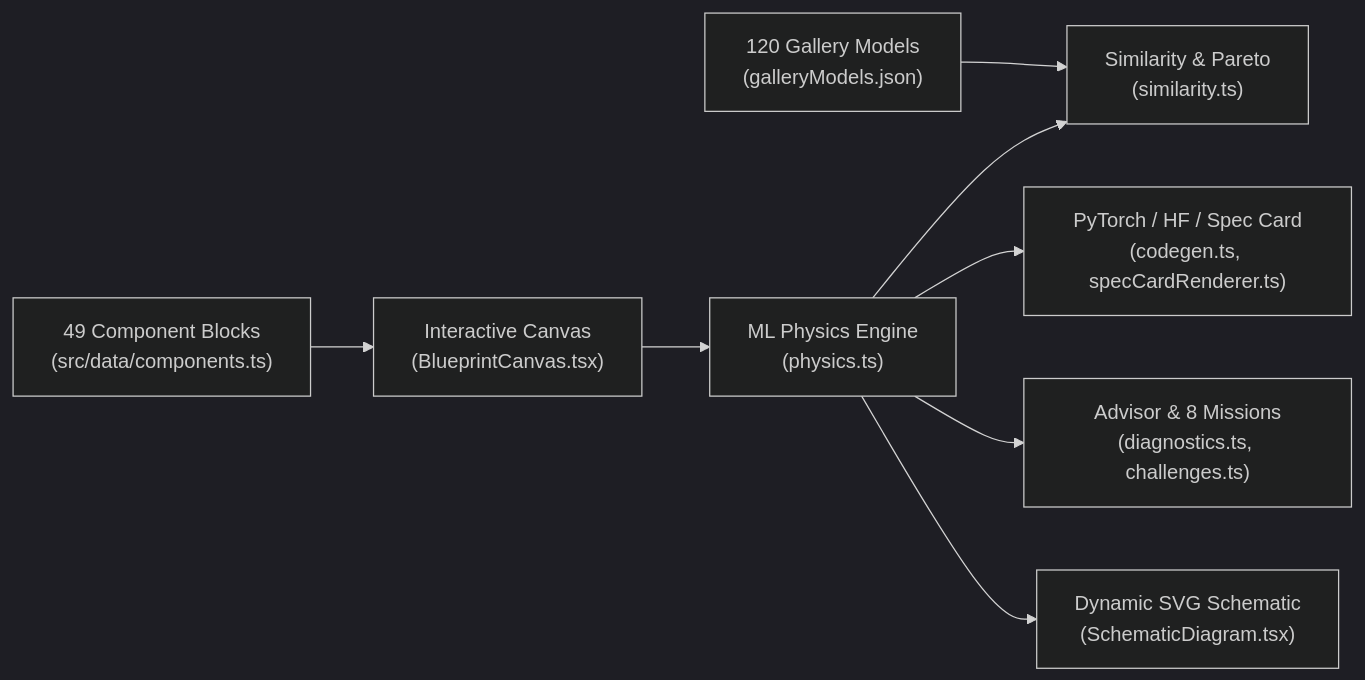
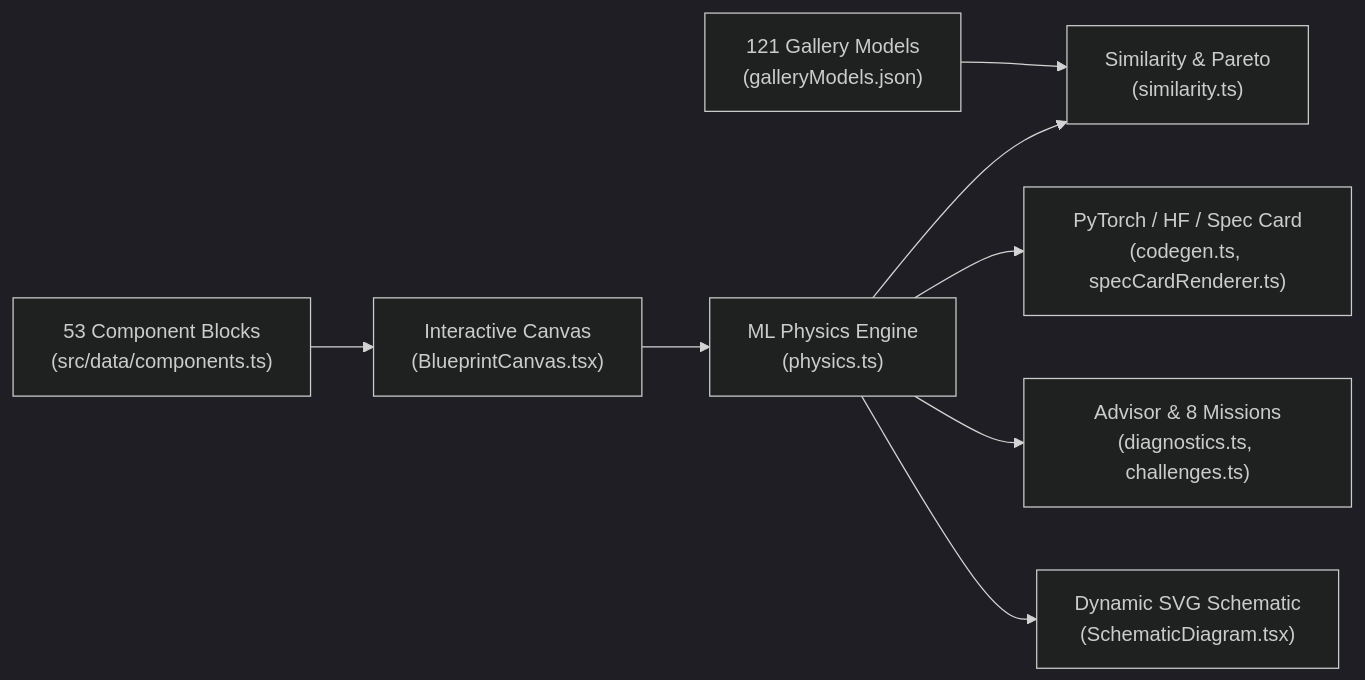
The diagram in README.md (AKMessi/llm-arch), drawn with Mermaid (dark theme) before and after one commit. The commit also changed other lines of this file and 23 other files, not shown here.

Commit message:
feat: add Z.ai GLM-5.4 Loop Transformer architecture (26+28x2+24, beta_k gates, cross-loop hybrid KV)

````diff
--- a/README.md
+++ b/README.md
@@ -128,10 +129,10 @@
 ```mermaid
 flowchart LR
-  A["49 Component Blocks\n(src/data/components.ts)"] --> C["Interactive Canvas\n(BlueprintCanvas.tsx)"]
-  B["120 Gallery Models\n(galleryModels.json)"] --> D["Similarity & Pareto\n(similarity.ts)"]
+  A["53 Component Blocks\n(src/data/components.ts)"] --> C["Interactive Canvas\n(BlueprintCanvas.tsx)"]
+  B["121 Gallery Models\n(galleryModels.json)"] --> D["Similarity & Pareto\n(similarity.ts)"]
   C --> E["ML Physics Engine\n(physics.ts)"]
   E --> F["Dynamic SVG Schematic\n(SchematicDiagram.tsx)"]
   E --> G["Advisor & 8 Missions\n(diagnostics.ts, challenges.ts)"]
   E --> H["PyTorch / HF / Spec Card\n(codegen.ts, specCardRenderer.ts)"]
   E --> D
 ```
````
